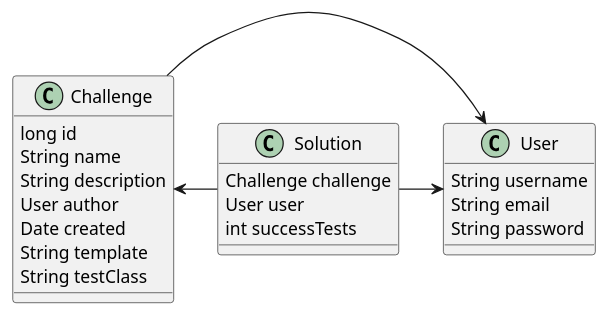
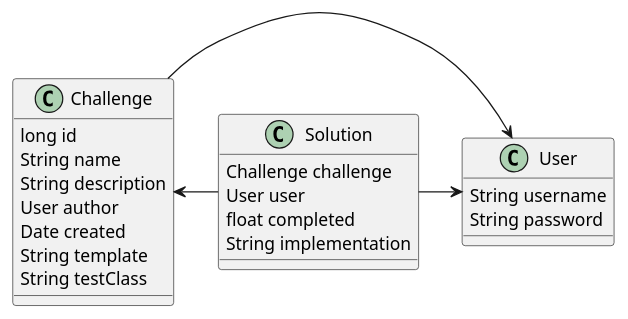
The diagram in design/data_model/common.puml (Daemon712/foobarbaz-backend), drawn with PlantUML before and after one commit. The commit also changed 5 other files, not shown here.

```diff
--- a/design/data_model/common.puml
+++ b/design/data_model/common.puml
@@ -1,30 +1,30 @@
 @startuml
 
 class User {
     String username
-    String email
     String password
 }
 
 class Challenge {
     long id
     String name
     String description
     User author
     Date created
     String template
     String testClass
 }
 
 class Solution {
     Challenge challenge
     User user
-    int successTests
+    float completed
+    String implementation
 }
 
 
 Challenge -> User
 Challenge <- Solution
 Solution -> User
 
 @enduml
```
